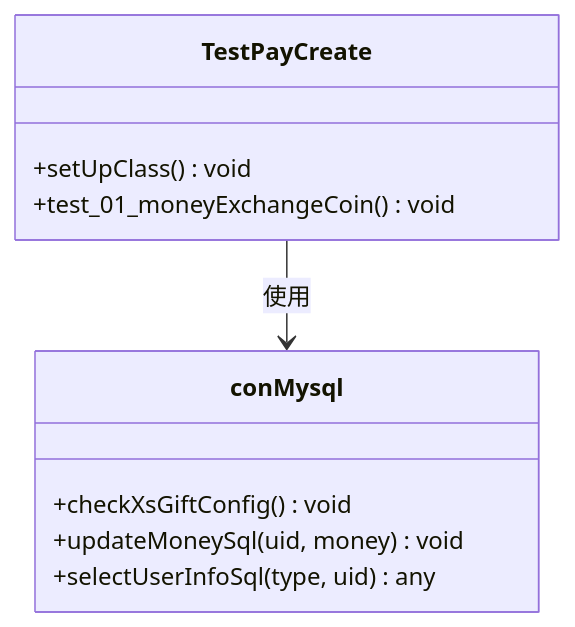
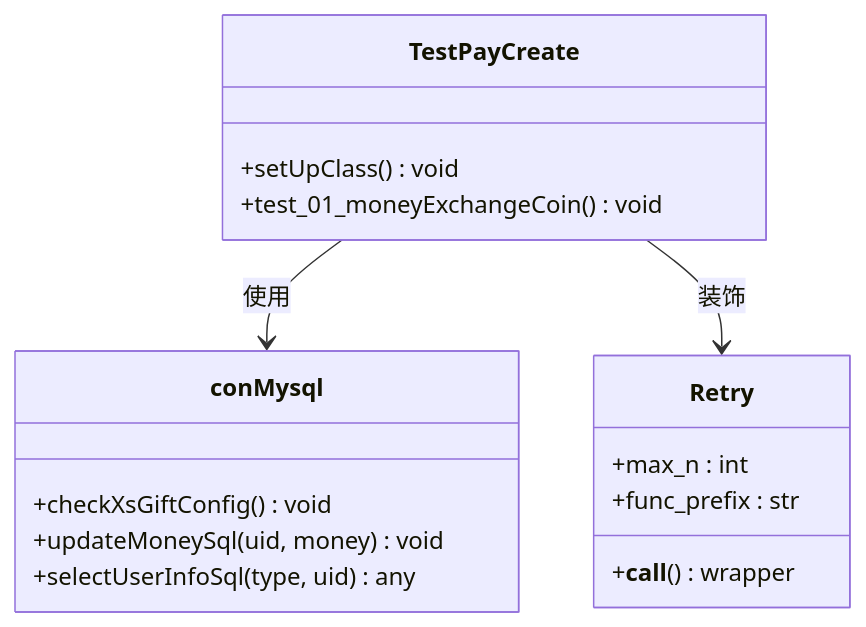
Before and after one commit to liximing1-ola/qa-payTest: the sixth of 8 diagrams in .qoder/repowiki/zh/content/支付测试用例/私聊付费测试.md, drawn with Mermaid. The commit also changed other lines of this file and 103 other files, not shown here.

````diff
--- a/.qoder/repowiki/zh/content/支付测试用例/私聊付费测试.md
+++ b/.qoder/repowiki/zh/content/支付测试用例/私聊付费测试.md
@@ -258,13 +292,19 @@
 ```mermaid
 classDiagram
 class TestPayCreate {
 +setUpClass() void
 +test_01_moneyExchangeCoin() void
+}
+class Retry {
++max_n : int
++func_prefix : str
++__call__() wrapper
 }
 class conMysql {
 +checkXsGiftConfig() void
 +updateMoneySql(uid, money) void
 +selectUserInfoSql(type, uid) any
 }
 TestPayCreate --> conMysql : 使用
+TestPayCreate --> Retry : 装饰
 ```
````
